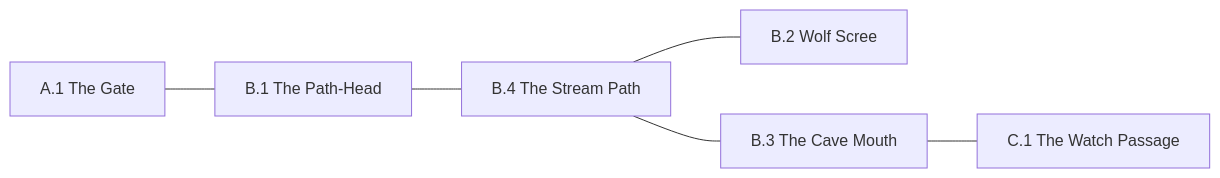
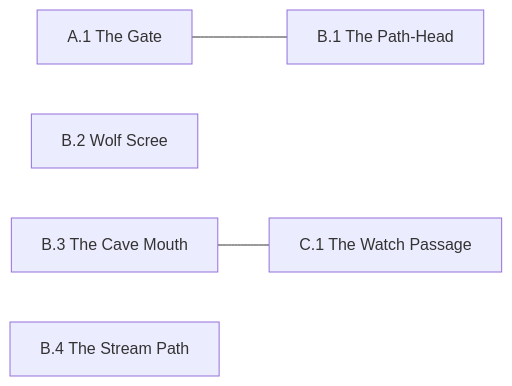
One commit to rstevenson1237/setting_builder changed the diagram in setting/region/B/Connections.mmd. Above: the diagram before and after it, drawn with Mermaid. The commit also changed 10 other files, not shown here.

```diff
--- a/setting/region/B/Connections.mmd
+++ b/setting/region/B/Connections.mmd
@@ -1,12 +1,9 @@
 graph LR
   A1["A.1 The Gate"]
   B1["B.1 The Path-Head"]
   B2["B.2 Wolf Scree"]
   B3["B.3 The Cave Mouth"]
   B4["B.4 The Stream Path"]
   C1["C.1 The Watch Passage"]
   A1 --- B1
-  B1 --- B4
-  B4 --- B2
-  B4 --- B3
   B3 --- C1
```
